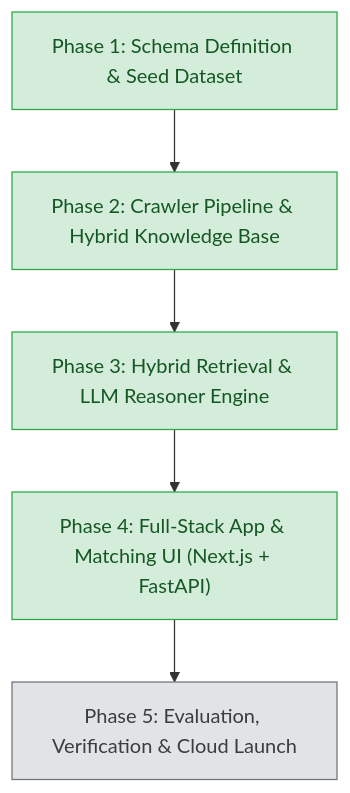
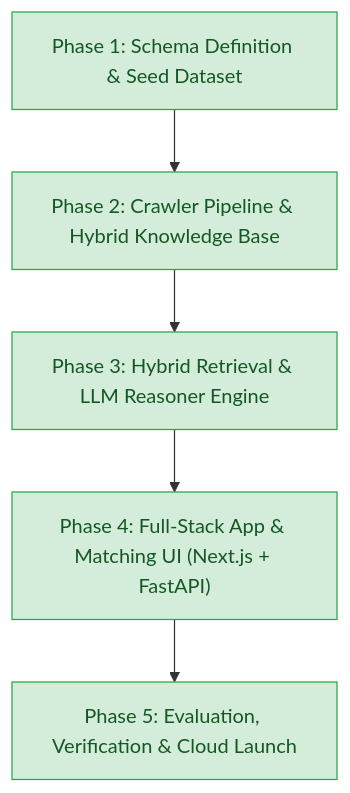
One commit to evilshaman/government-schemes-rag changed the diagram in README.md. Above: the diagram before and after it, drawn with Mermaid. The commit also changed other lines of this file and 12 other files, not shown here.

````diff
--- a/README.md
+++ b/README.md
@@ -9,12 +9,10 @@
 ```mermaid
 flowchart TD
     M1["Phase 1: Schema Definition & Seed Dataset"] --> M2["Phase 2: Crawler Pipeline & Hybrid Knowledge Base"]
     M2 --> M3["Phase 3: Hybrid Retrieval & LLM Reasoner Engine"]
     M3 --> M4["Phase 4: Full-Stack App & Matching UI (Next.js + FastAPI)"]
     M4 --> M5["Phase 5: Evaluation, Verification & Cloud Launch"]
 
     classDef done fill:#d4edda,stroke:#28a745,color:#155724;
-    classDef pending fill:#e2e3e5,stroke:#6c757d,color:#383d41;
-    class M1,M2,M3,M4 done;
-    class M5 pending;
+    class M1,M2,M3,M4,M5 done;
 ```
````
